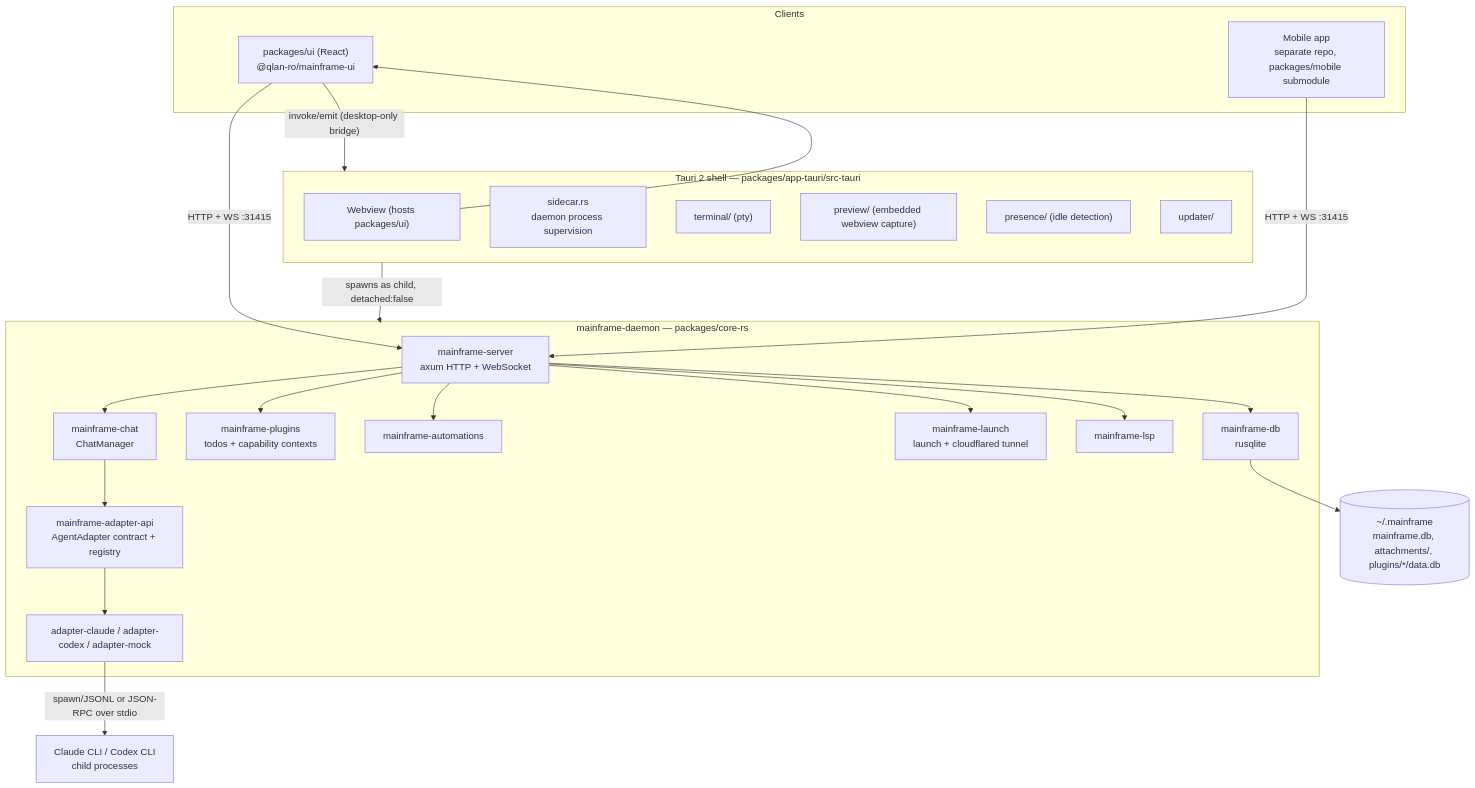
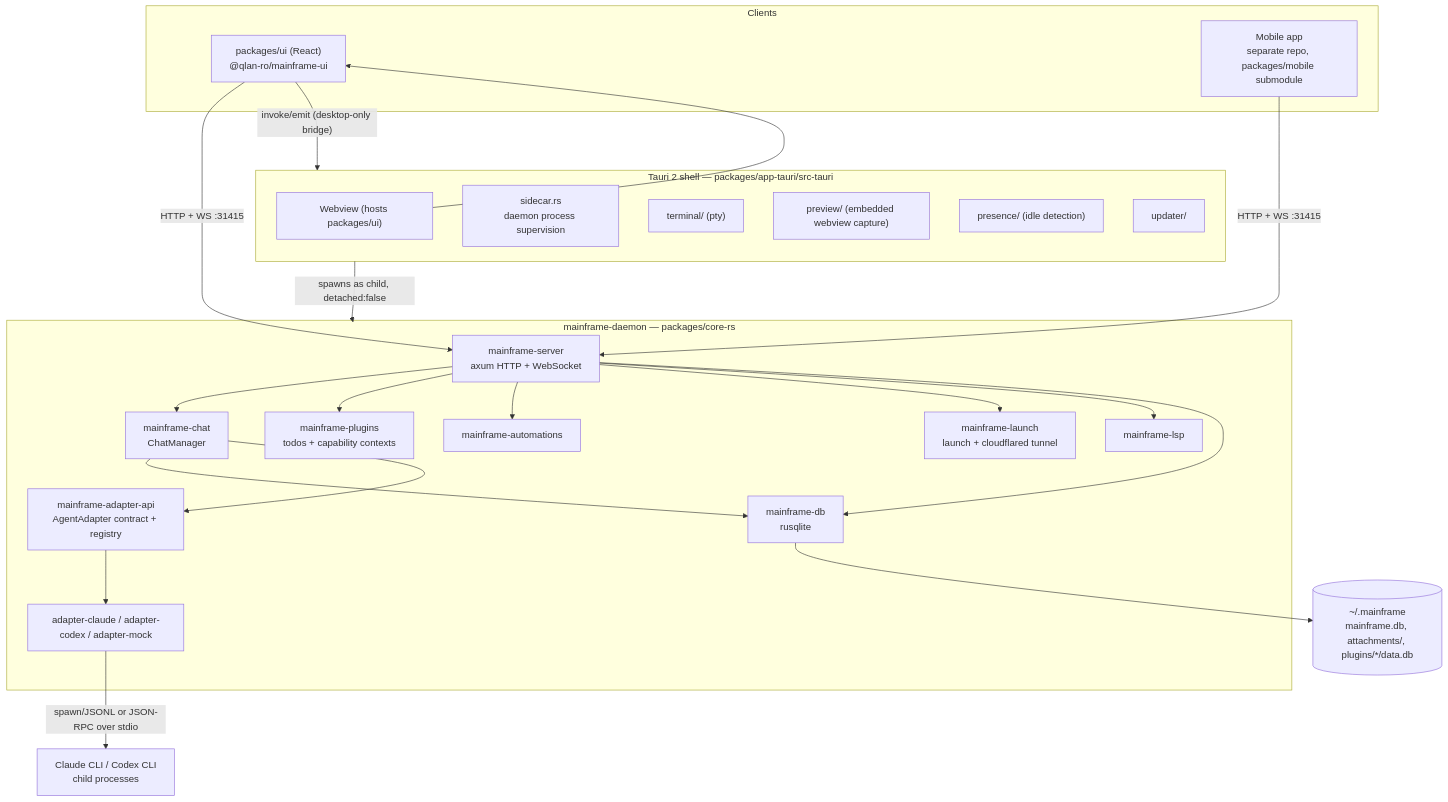
The diagram in docs/ARCHITECTURE.md (qlan-ro/mainframe), drawn with Mermaid before and after one commit. The commit also changed other lines of this file and 1 other file, not shown here.

First line of the commit message:
docs(chat): document storage and event behavior changes

````diff
--- a/docs/ARCHITECTURE.md
+++ b/docs/ARCHITECTURE.md
@@ -34,48 +34,49 @@
 ```mermaid
 graph TB
     subgraph Client["Clients"]
         UI["packages/ui (React)<br/>@qlan-ro/mainframe-ui"]
         Mobile["Mobile app<br/>separate repo, packages/mobile submodule"]
     end
 
     subgraph Shell["Tauri 2 shell — packages/app-tauri/src-tauri"]
         WebView["Webview (hosts packages/ui)"]
         Sidecar["sidecar.rs<br/>daemon process supervision"]
         Terminal["terminal/ (pty)"]
         Preview["preview/ (embedded webview capture)"]
         Presence["presence/ (idle detection)"]
         Updater["updater/"]
     end
 
     subgraph Daemon["mainframe-daemon — packages/core-rs"]
         Server["mainframe-server<br/>axum HTTP + WebSocket"]
         Chat["mainframe-chat<br/>ChatManager"]
         AdapterAPI["mainframe-adapter-api<br/>AgentAdapter contract + registry"]
         Adapters["adapter-claude / adapter-codex / adapter-mock"]
         Plugins["mainframe-plugins<br/>todos + capability contexts"]
         Automations["mainframe-automations"]
         Launch["mainframe-launch<br/>launch + cloudflared tunnel"]
         LSP["mainframe-lsp"]
         DB["mainframe-db<br/>rusqlite"]
     end
 
     Storage[("~/.mainframe<br/>mainframe.db, attachments/, plugins/*/data.db")]
     CLIs["Claude CLI / Codex CLI<br/>child processes"]
 
     WebView --> UI
     UI -- "invoke/emit (desktop-only bridge)" --> Shell
     Shell -- "spawns as child, detached:false" --> Daemon
     UI -- "HTTP + WS :31415" --> Server
     Mobile -- "HTTP + WS :31415" --> Server
 
     Server --> Chat
     Server --> Plugins
     Server --> Automations
     Server --> Launch
     Server --> LSP
     Server --> DB
+    Chat --> DB
     Chat --> AdapterAPI
     AdapterAPI --> Adapters
     Adapters -- "spawn/JSONL or JSON-RPC over stdio" --> CLIs
     DB --> Storage
 ```
````
